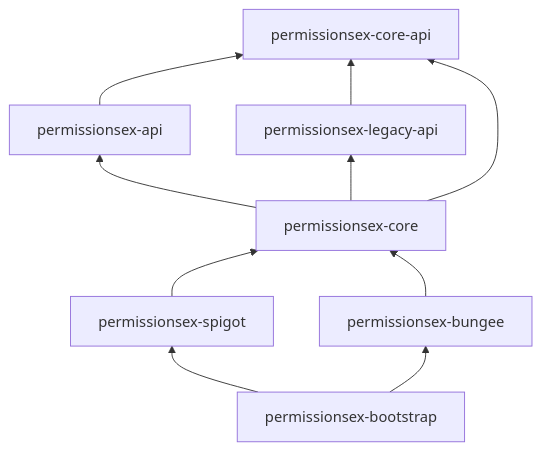
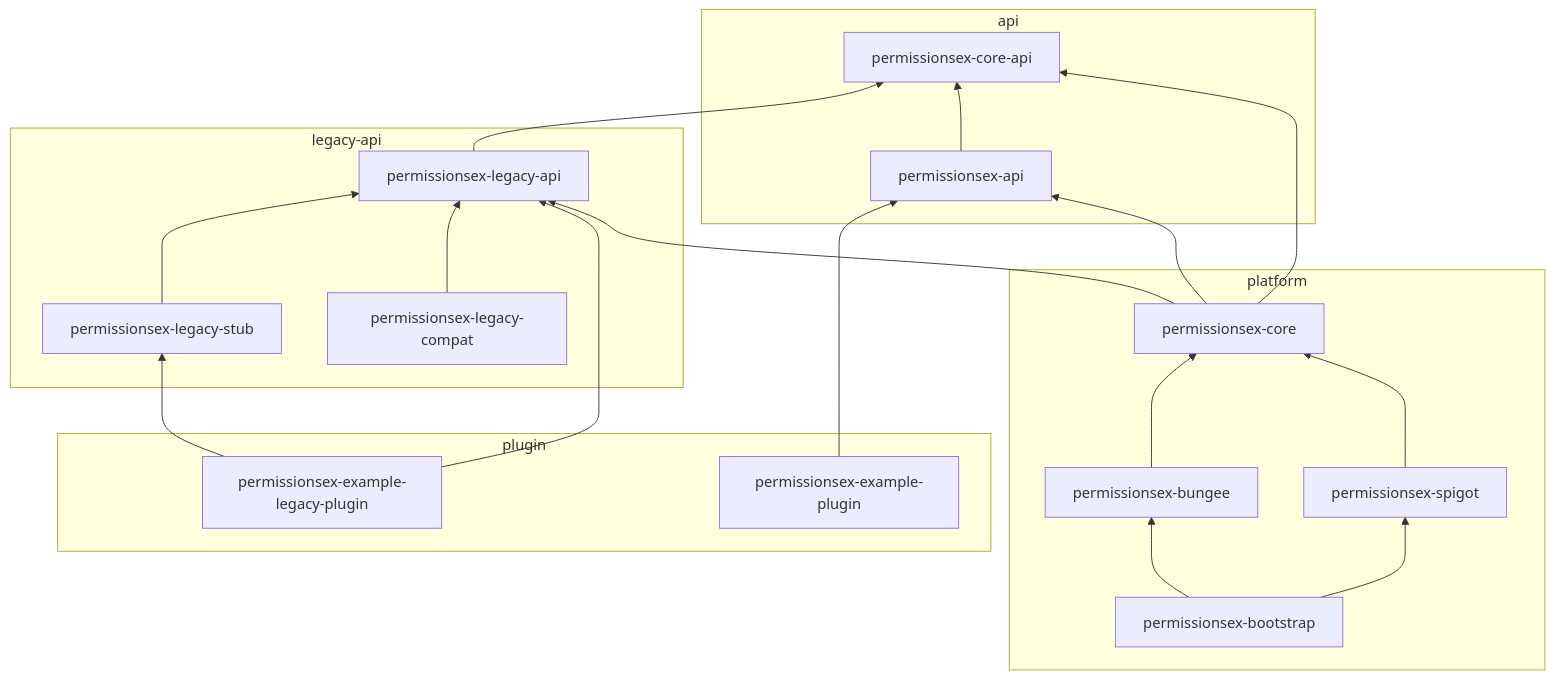
The diagram in README.md (rowan-smith/PermissionsExPlus), drawn with Mermaid before and after one commit. The commit also changed other lines of this file and 146 other files, not shown here.

First line of the commit message:
Refactor architecture, unify YAML backend, expand tests (#1)

````diff
--- a/README.md
+++ b/README.md
@@ -15,19 +15,36 @@
 ```mermaid
 flowchart BT
-  coreapi[permissionsex-core-api]
-  api[permissionsex-api]
-  legacy[permissionsex-legacy-api]
-  core[permissionsex-core]
-  spigot[permissionsex-spigot]
-  bungee[permissionsex-bungee]
-  boot[permissionsex-bootstrap]
-  api --> coreapi
-  legacy --> coreapi
-  core --> coreapi
-  core --> api
-  core --> legacy
-  spigot --> core
-  bungee --> core
-  boot --> spigot
-  boot --> bungee
+  subgraph legacy [legacy-api]
+    legacyMod[permissionsex-legacy-api]
+    stub[permissionsex-legacy-stub]
+    compat[permissionsex-legacy-compat]
+    stub --> legacyMod
+    compat --> legacyMod
+  end
+  subgraph api [api]
+    coreapi[permissionsex-core-api]
+    apiMod[permissionsex-api]
+    apiMod --> coreapi
+  end
+  subgraph platform [platform]
+    core[permissionsex-core]
+    spigot[permissionsex-spigot]
+    bungee[permissionsex-bungee]
+    boot[permissionsex-bootstrap]
+    core --> coreapi
+    core --> apiMod
+    core --> legacyMod
+    spigot --> core
+    bungee --> core
+    boot --> spigot
+    boot --> bungee
+  end
+  subgraph plugin [plugin]
+    exampleLegacy[permissionsex-example-legacy-plugin]
+    example[permissionsex-example-plugin]
+    exampleLegacy --> legacyMod
+    exampleLegacy --> stub
+    example --> apiMod
+  end
+  legacyMod --> coreapi
 ```
````
